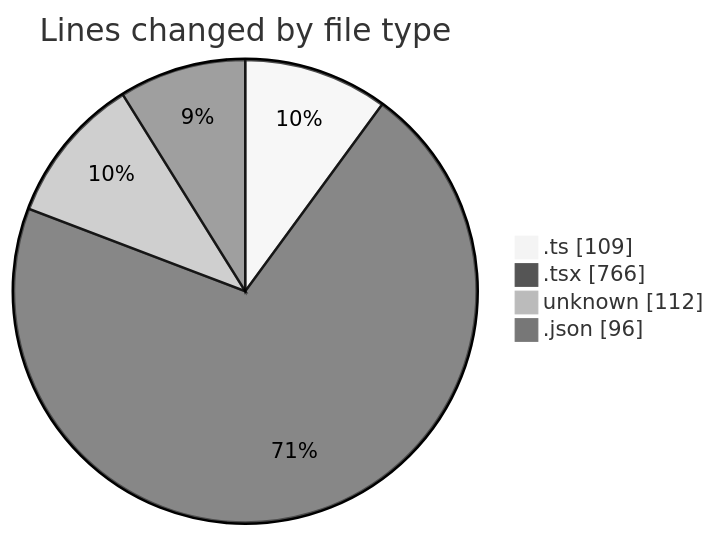
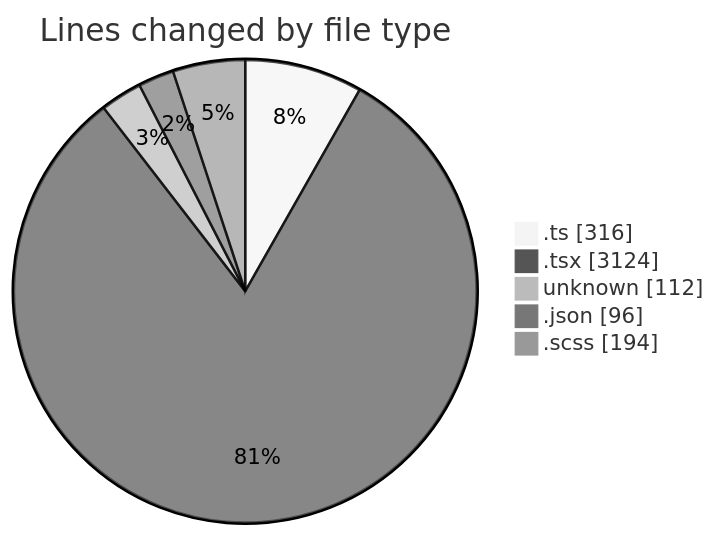
One commit to momahboobian/code-tracking changed the first of 2 diagrams in 2026-04-29/cda/README.md. Above: the diagram before and after it, drawn with Mermaid (neutral theme). The commit also changed other lines of this file and 1 other file, not shown here.

````diff
--- a/2026-04-29/cda/README.md
+++ b/2026-04-29/cda/README.md
@@ -32,8 +52,9 @@
 ```mermaid
 pie showData
 title Lines changed by file type
-".ts" : 109
-".tsx" : 766
+".ts" : 316
+".tsx" : 3124
 "unknown" : 112
 ".json" : 96
+".scss" : 194
 ```
````
